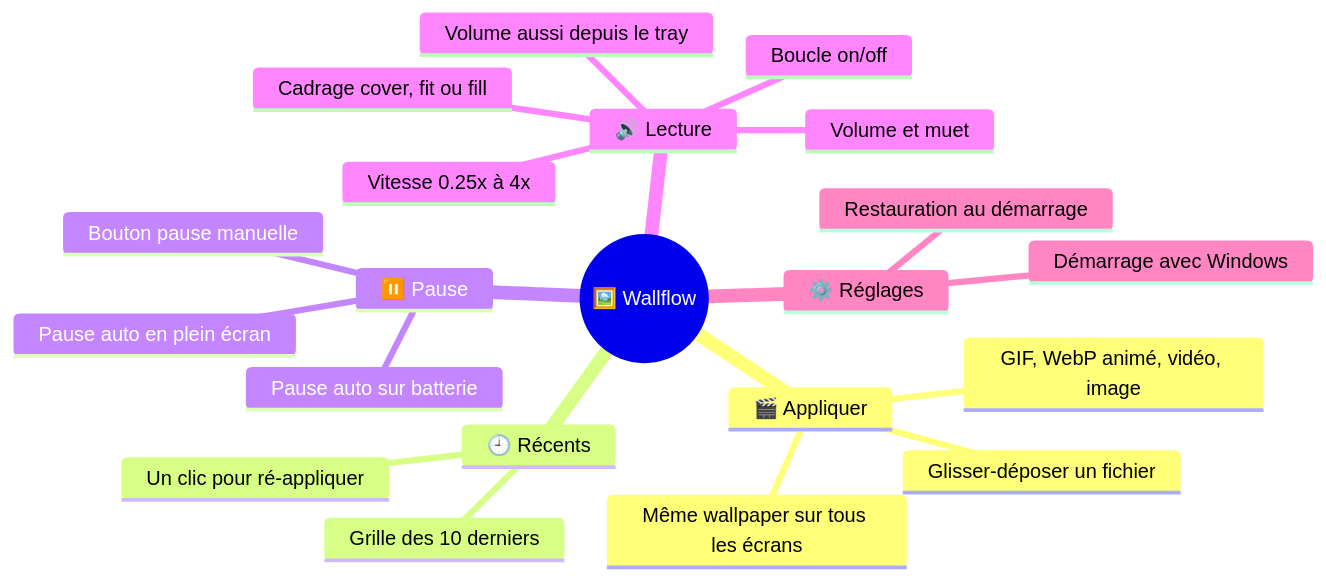
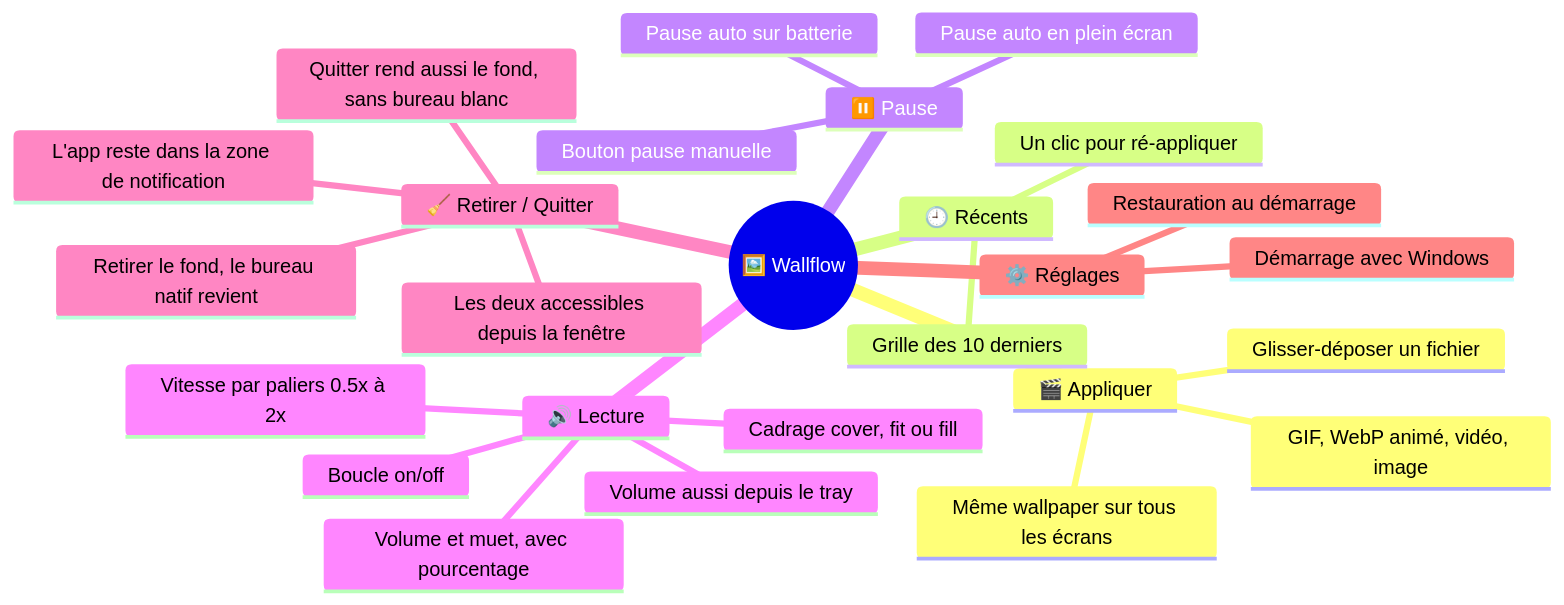
Before and after one commit to KevinT78/wallflow: the first of 4 diagrams in docs/VUE-PRODUIT.md, drawn with Mermaid. The commit also changed other lines of this file and 2 other files, not shown here.

Commit message:
docs: sync retrait du fond + vitesse paliers (vue produit, architecture)

````diff
--- a/docs/VUE-PRODUIT.md
+++ b/docs/VUE-PRODUIT.md
@@ -22,24 +22,29 @@
 ```mermaid
 mindmap
   root((🖼️ Wallflow))
     🎬 Appliquer
       Glisser-déposer un fichier
       GIF, WebP animé, vidéo, image
       Même wallpaper sur tous les écrans
     🕘 Récents
       Grille des 10 derniers
       Un clic pour ré-appliquer
     ⏸️ Pause
       Bouton pause manuelle
       Pause auto en plein écran
       Pause auto sur batterie
     🔊 Lecture
-      Volume et muet
+      Volume et muet, avec pourcentage
       Cadrage cover, fit ou fill
       Boucle on/off
-      Vitesse 0.25x à 4x
+      Vitesse par paliers 0.5x à 2x
       Volume aussi depuis le tray
+    🧹 Retirer / Quitter
+      Retirer le fond, le bureau natif revient
+      L'app reste dans la zone de notification
+      Quitter rend aussi le fond, sans bureau blanc
+      Les deux accessibles depuis la fenêtre
     ⚙️ Réglages
       Démarrage avec Windows
       Restauration au démarrage
 ```
````
